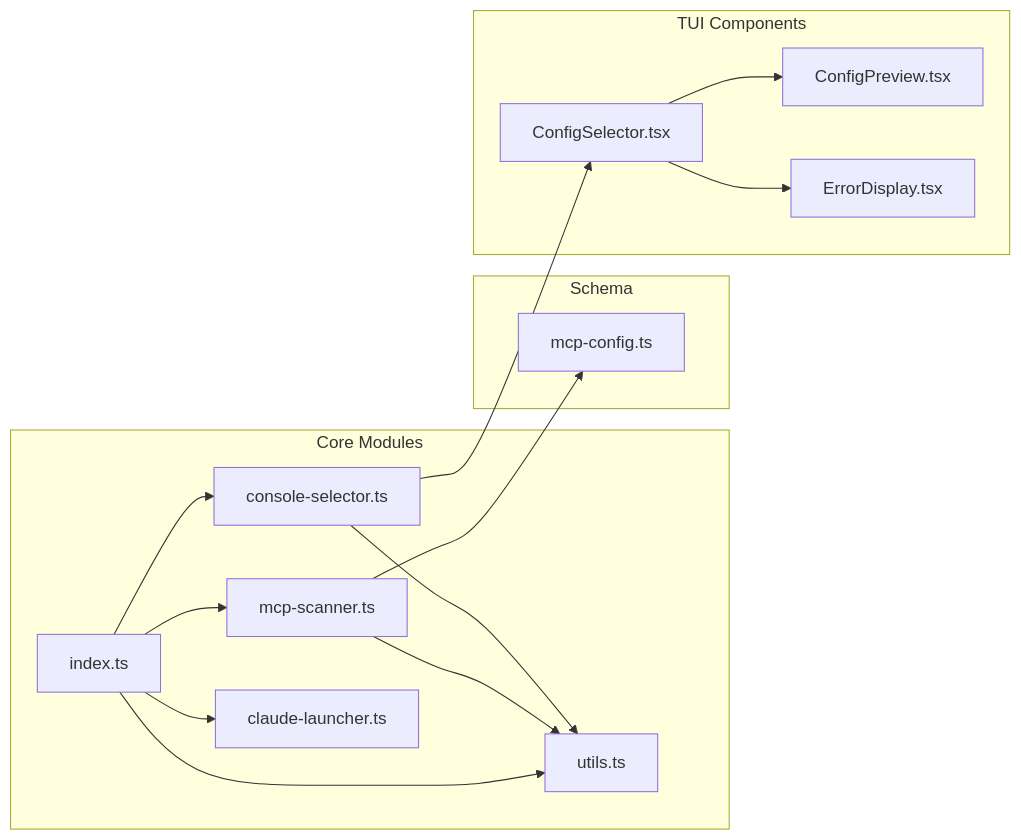
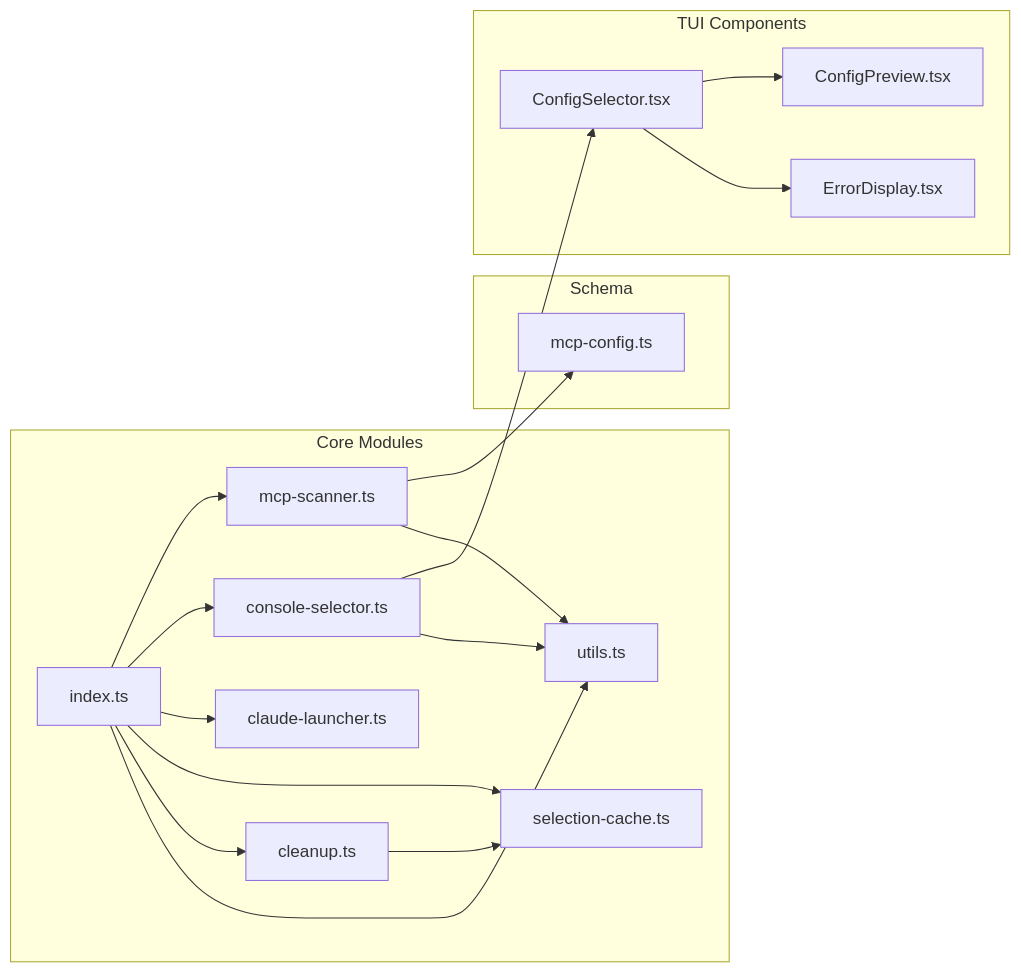
The third of 5 diagrams in specs/architecture.md (gsong/ccmcp), drawn with Mermaid before and after one commit. The commit also changed other lines of this file and 8 other files, not shown here.

````diff
--- a/specs/architecture.md
+++ b/specs/architecture.md
@@ -157,34 +188,40 @@
 ```mermaid
 graph LR
     subgraph CoreModules [Core Modules]
         Index[index.ts]
         Scanner[mcp-scanner.ts]
         Selector[console-selector.ts]
         Launcher[claude-launcher.ts]
+        Cache[selection-cache.ts]
+        Cleanup[cleanup.ts]
         Utils[utils.ts]
     end
 
     subgraph SchemaLayer [Schema]
         Schema[mcp-config.ts]
     end
 
     subgraph TUIComponents [TUI Components]
         ConfigSelector[ConfigSelector.tsx]
         ConfigPreview[ConfigPreview.tsx]
         ErrorDisplay[ErrorDisplay.tsx]
     end
 
     Index --> Scanner
     Index --> Selector
     Index --> Launcher
+    Index --> Cache
+    Index --> Cleanup
     Index --> Utils
 
     Scanner --> Schema
     Scanner --> Utils
 
     Selector --> ConfigSelector
     Selector --> Utils
 
+    Cleanup --> Cache
+
     ConfigSelector --> ConfigPreview
     ConfigSelector --> ErrorDisplay
 ```
````
